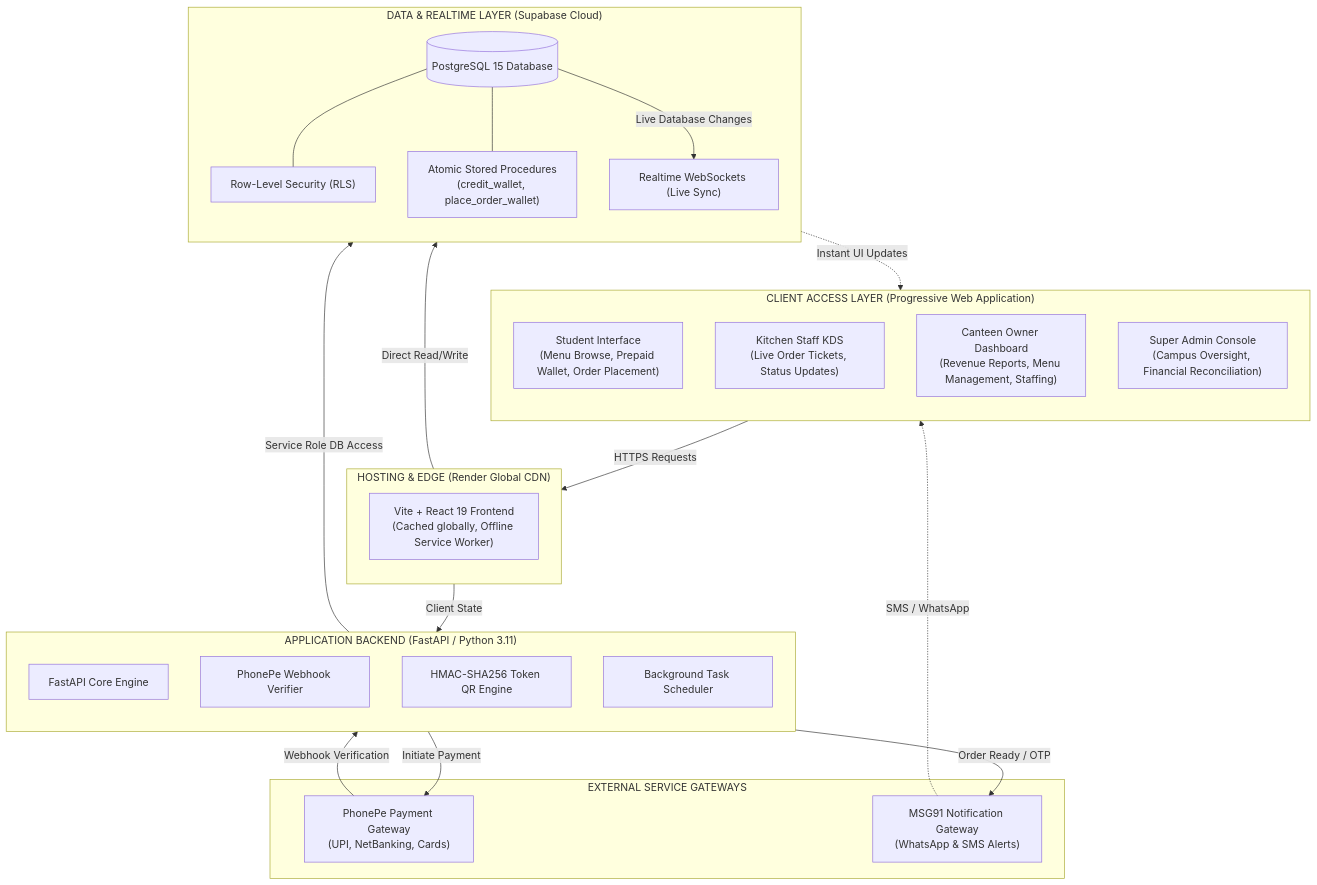
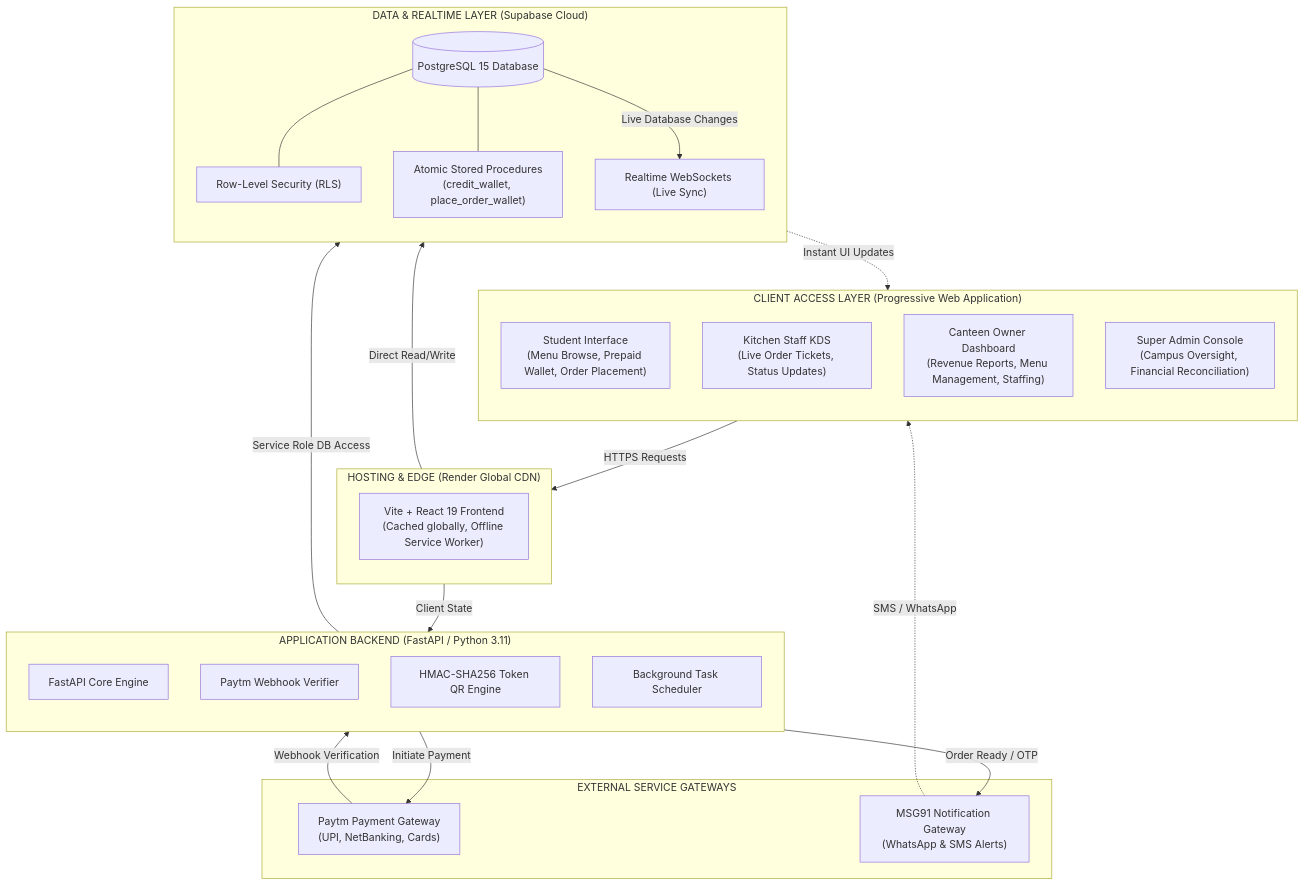
One commit to yogeshravi19/v-buy changed the first of 5 diagrams in docs/V_FOODS_COMPLETE_SYSTEM_GUIDE.md. Above: the diagram before and after it, drawn with Mermaid. The commit also changed other lines of this file and 55 other files, not shown here.

````diff
--- a/docs/V_FOODS_COMPLETE_SYSTEM_GUIDE.md
+++ b/docs/V_FOODS_COMPLETE_SYSTEM_GUIDE.md
@@ -43,50 +43,51 @@
 ```mermaid
 flowchart TB
     subgraph Clients["CLIENT ACCESS LAYER (Progressive Web Application)"]
         direction TB
         C1["Student Interface<br/>(Menu Browse, Prepaid Wallet, Order Placement)"]
         C2["Kitchen Staff KDS<br/>(Live Order Tickets, Status Updates)"]
         C3["Canteen Owner Dashboard<br/>(Revenue Reports, Menu Management, Staffing)"]
         C4["Super Admin Console<br/>(Campus Oversight, Financial Reconciliation)"]
     end
 
     subgraph CDN["HOSTING & EDGE (Render Global CDN)"]
         direction TB
         Vite["Vite + React 19 Frontend<br/>(Cached globally, Offline Service Worker)"]
     end
 
     subgraph API["APPLICATION BACKEND (FastAPI / Python 3.11)"]
         direction TB
         F1["FastAPI Core Engine"]
-        F2["PhonePe Webhook Verifier"]
+        F2["Paytm Webhook Verifier"]
         F3["HMAC-SHA256 Token QR Engine"]
         F4["Background Task Scheduler"]
     end
 
     subgraph DataLayer["DATA & REALTIME LAYER (Supabase Cloud)"]
         direction TB
         Postgres[("PostgreSQL 15 Database")]
         RLS["Row-Level Security (RLS)"]
         Realtime["Realtime WebSockets (Live Sync)"]
         RPC["Atomic Stored Procedures<br/>(credit_wallet, place_order_wallet)"]
     end
 
     subgraph Gateways["EXTERNAL SERVICE GATEWAYS"]
-        PhonePe["PhonePe Payment Gateway<br/>(UPI, NetBanking, Cards)"]
+        Paytm["Paytm Payment Gateway<br/>(UPI, NetBanking, Cards)"]
         MSG91["MSG91 Notification Gateway<br/>(WhatsApp & SMS Alerts)"]
     end
 
     %% Connections
     Clients -->|HTTPS Requests| Vite
     Vite -->|Client State| API
     Vite -->|Direct Read/Write| Postgres
     API -->|Service Role DB Access| Postgres
     Postgres --- RLS
     Postgres --- RPC
     Postgres -->|Live Database Changes| Realtime
     Realtime -.->|Instant UI Updates| Clients
-    API -->|Initiate Payment| PhonePe
-    PhonePe -->|Webhook Verification| API
+    API -->|Initiate Payment| Paytm
+    Paytm -->|Webhook Verification| API
     API -->|Order Ready / OTP| MSG91
     MSG91 -.->|SMS / WhatsApp| C1
+
 ```
````
